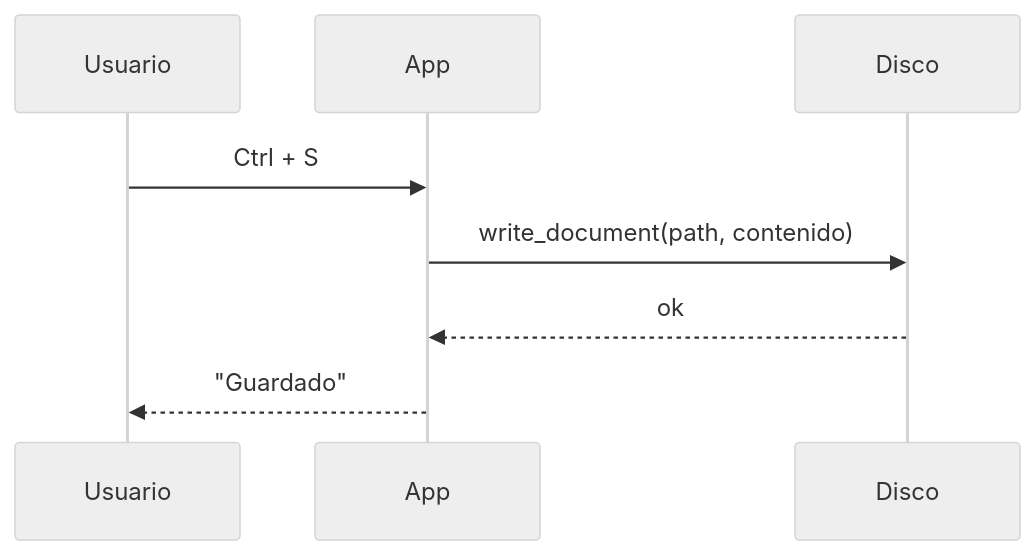
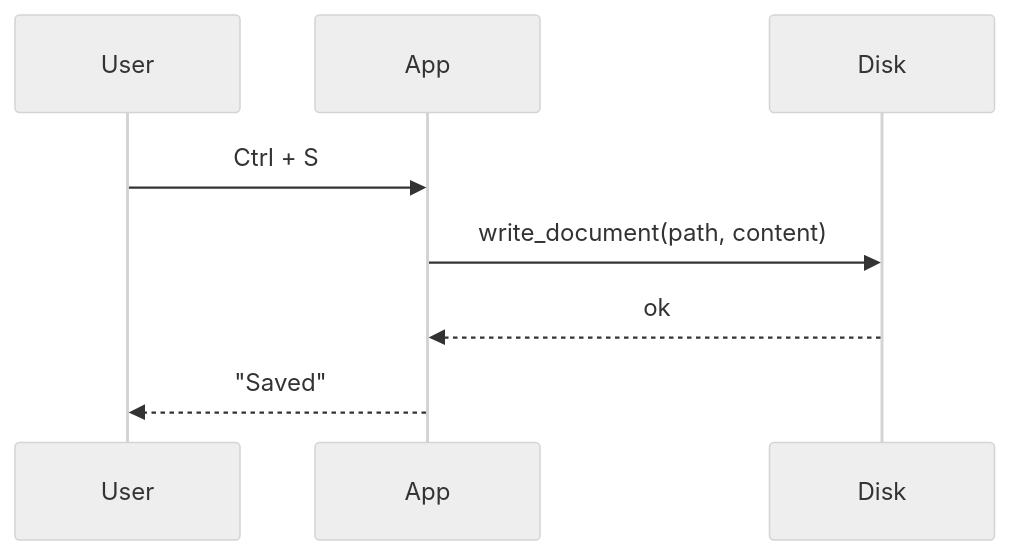
The second of 4 diagrams in src/demo.md (jigonzalez930209/md-view), drawn with Mermaid (neutral theme) before and after one commit. The commit also changed other lines of this file and 2 other files, not shown here.

Commit message:
feat: Refactor App component to manage multiple tabs and enhance state handling, integrating new components for improved user experience and preferences management

````diff
--- a/src/demo.md
+++ b/src/demo.md
@@ -177,10 +177,10 @@
 ```mermaid
 sequenceDiagram
-    participant U as Usuario
+    participant U as User
     participant A as App
-    participant D as Disco
+    participant D as Disk
     U->>A: Ctrl + S
-    A->>D: write_document(path, contenido)
+    A->>D: write_document(path, content)
     D-->>A: ok
-    A-->>U: "Guardado"
+    A-->>U: "Saved"
 ```
````
